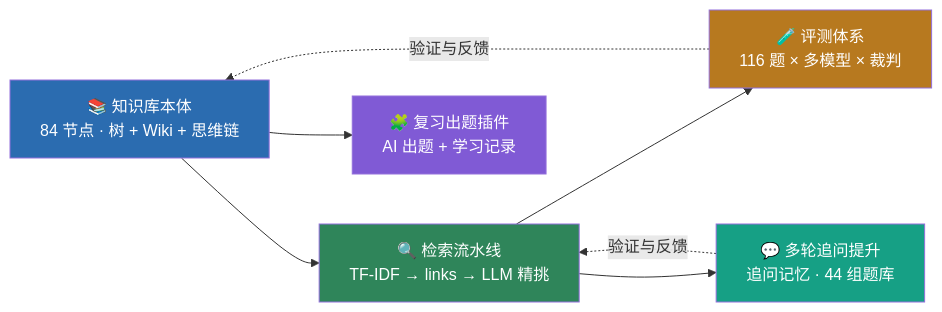
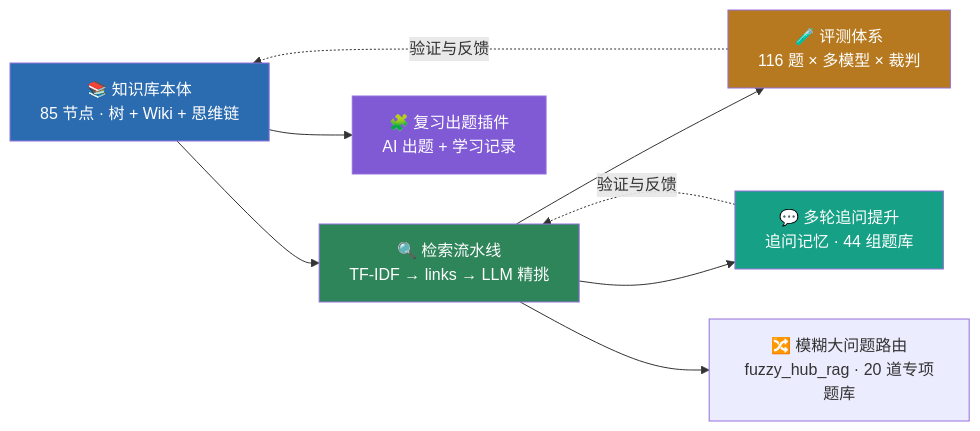
Before and after one commit to Baixiaodou/comm-knowledge-graph: the first of 11 diagrams in README.md, drawn with Mermaid. The commit also changed 1 other file, not shown here.

Commit message:
docs: README 全景图更新 85 节点 + fuzzy 插件节点；线上形态 hub 数表述同步（20）

````diff
--- a/README.md
+++ b/README.md
@@ -24,15 +24,16 @@
 ```mermaid
 flowchart LR
-    A["📚 知识库本体<br/>84 节点 · 树 + Wiki + 思维链"] --> B["🔍 检索流水线<br/>TF-IDF → links → LLM 精挑"]
+    A["📚 知识库本体<br/>85 节点 · 树 + Wiki + 思维链"] --> B["🔍 检索流水线<br/>TF-IDF → links → LLM 精挑"]
     B --> C["🧪 评测体系<br/>116 题 × 多模型 × 裁判"]
     A --> D["🧩 复习出题插件<br/>AI 出题 + 学习记录"]
     B --> E["💬 多轮追问提升<br/>追问记忆 · 44 组题库"]
     E -.->|验证与反馈| B
+    B --> F["🔀 模糊大问题路由<br/>fuzzy_hub_rag · 20 道专项题库"]
     C -.->|验证与反馈| A
 
     style A fill:#2b6cb0,color:#fff
     style B fill:#2f855a,color:#fff
     style C fill:#b7791f,color:#fff
     style D fill:#805ad5,color:#fff
     style E fill:#16a085,color:#fff
 ```
````
